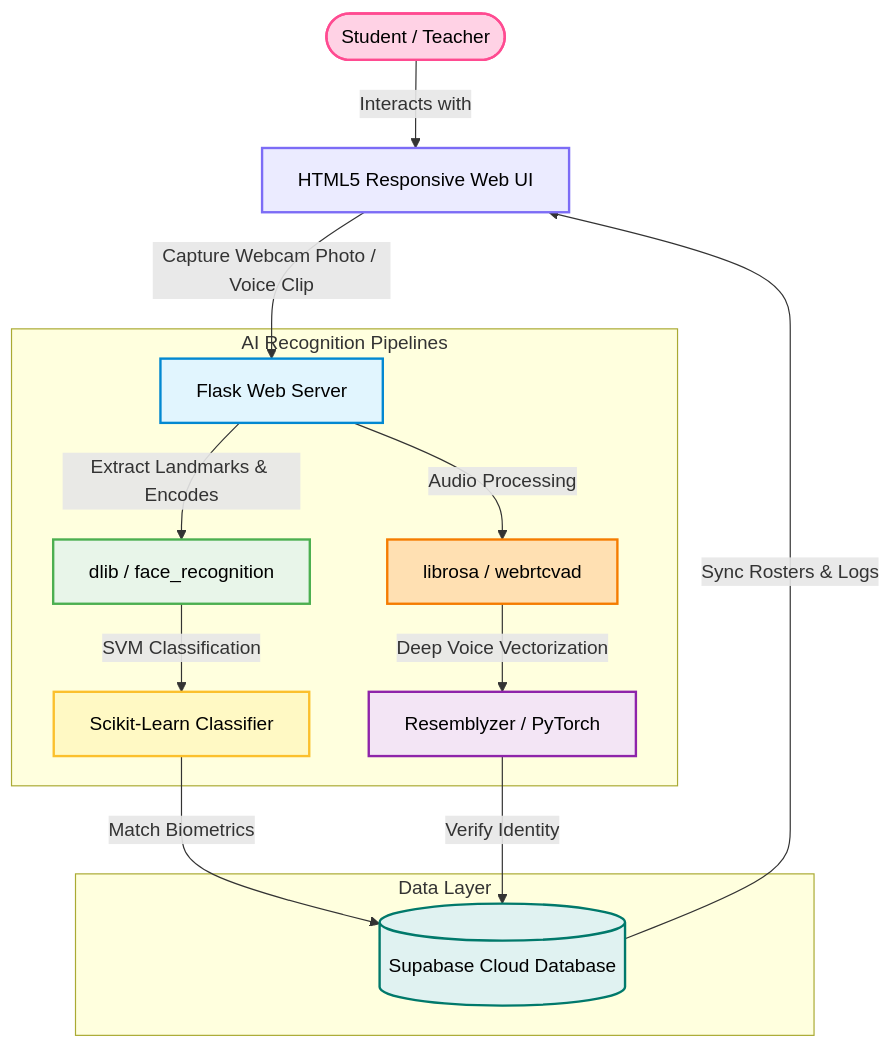
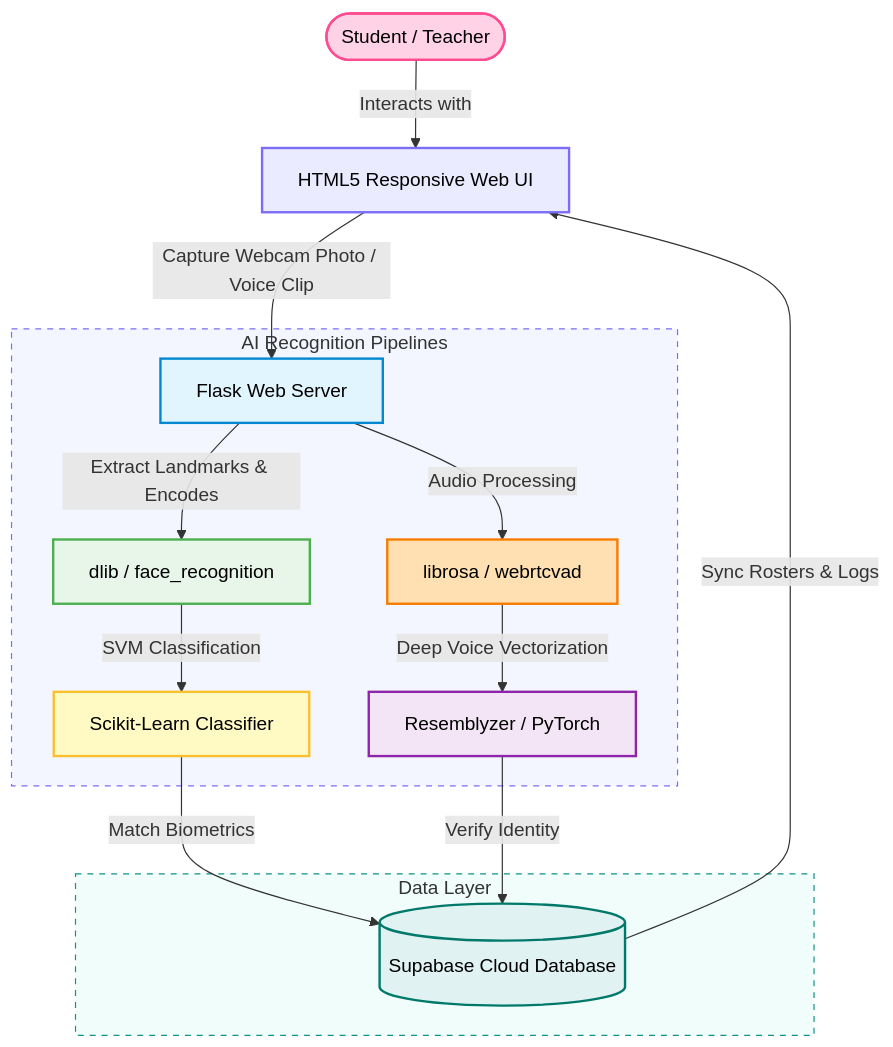
Before and after one commit to jadhavkrushna/ai-attendance-system: the diagram in README.md, drawn with Mermaid.

Commit message:
docs: add background colors to architecture subgraphs

````diff
--- a/README.md
+++ b/README.md
@@ -34,29 +34,32 @@
 ```mermaid
 graph TD
     User([Student / Teacher]) -->|Interacts with| WebUI[HTML5 Responsive Web UI]
     WebUI -->|Capture Webcam Photo / Voice Clip| Flask[Flask Web Server]
     
-    subgraph AI Recognition Pipelines
+    subgraph pipelines ["AI Recognition Pipelines"]
         Flask -->|Extract Landmarks & Encodes| Dlib[dlib / face_recognition]
         Dlib -->|SVM Classification| SVM[Scikit-Learn Classifier]
         
         Flask -->|Audio Processing| Librosa[librosa / webrtcvad]
         Librosa -->|Deep Voice Vectorization| Resemblyzer[Resemblyzer / PyTorch]
     end
     
-    subgraph Data Layer
+    subgraph datalayer ["Data Layer"]
         SVM -->|Match Biometrics| Supabase[(Supabase Cloud Database)]
         Resemblyzer -->|Verify Identity| Supabase
     end
     
     Supabase -->|Sync Rosters & Logs| WebUI
 
     style User fill:#FFD2E5,stroke:#FF4B91,stroke-width:2px,color:#000;
     style WebUI fill:#EBEBFF,stroke:#7C6CF6,stroke-width:2px,color:#000;
     style Flask fill:#E1F5FE,stroke:#0288D1,stroke-width:2px,color:#000;
     style Dlib fill:#E8F5E9,stroke:#4CAF50,stroke-width:2px,color:#000;
     style SVM fill:#FFF9C4,stroke:#FBC02D,stroke-width:2px,color:#000;
     style Librosa fill:#FFE0B2,stroke:#F57C00,stroke-width:2px,color:#000;
     style Resemblyzer fill:#F3E5F5,stroke:#8E24AA,stroke-width:2px,color:#000;
     style Supabase fill:#E0F2F1,stroke:#00796B,stroke-width:2px,color:#000;
+    
+    style pipelines fill:#F4F6FF,stroke:#7C6CF6,stroke-width:1px,stroke-dasharray: 5 5;
+    style datalayer fill:#F0FDFA,stroke:#0D9488,stroke-width:1px,stroke-dasharray: 5 5;
 ```
````
